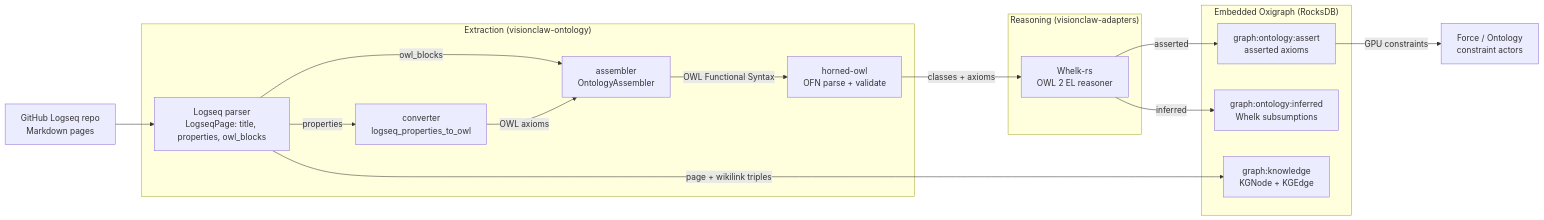
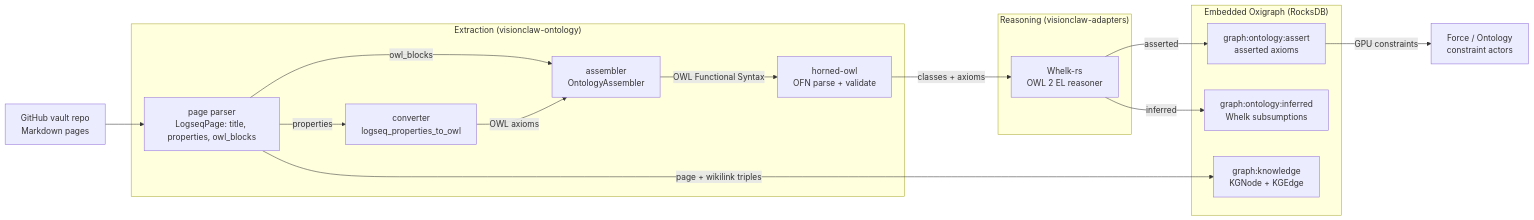
The first of 2 diagrams in docs/explanation/ontology-pipeline.md (DreamLab-AI/AR-AI-Knowledge-Graph), drawn with Mermaid before and after one commit. The commit also changed other lines of this file and 35 other files, not shown here.

First line of the commit message:
docs: describe the Obsidian-vault corpus across living docs (Logseq → vault sweep)

````diff
--- a/docs/explanation/ontology-pipeline.md
+++ b/docs/explanation/ontology-pipeline.md
@@ -22,32 +22,32 @@
 ```mermaid
 flowchart LR
-    GH["GitHub Logseq repo<br/>Markdown pages"]
+    GH["GitHub vault repo<br/>Markdown pages"]
 
     subgraph Extract["Extraction (visionclaw-ontology)"]
-        LP["Logseq parser<br/>LogseqPage: title, properties, owl_blocks"]
+        LP["page parser<br/>LogseqPage: title, properties, owl_blocks"]
         CONV["converter<br/>logseq_properties_to_owl"]
         ASM["assembler<br/>OntologyAssembler"]
         HORN["horned-owl<br/>OFN parse + validate"]
     end
 
     subgraph Reason["Reasoning (visionclaw-adapters)"]
         WHELK["Whelk-rs<br/>OWL 2 EL reasoner"]
     end
 
     subgraph Store["Embedded Oxigraph (RocksDB)"]
         ASSERT["graph:ontology:assert<br/>asserted axioms"]
         INFER["graph:ontology:inferred<br/>Whelk subsumptions"]
         KNOW["graph:knowledge<br/>KGNode + KGEdge"]
     end
 
     GH --> LP
     LP -->|"owl_blocks"| ASM
     LP -->|"properties"| CONV
     CONV -->|"OWL axioms"| ASM
     ASM -->|"OWL Functional Syntax"| HORN
     HORN -->|"classes + axioms"| WHELK
     WHELK -->|"asserted"| ASSERT
     WHELK -->|"inferred"| INFER
     LP -->|"page + wikilink triples"| KNOW
     ASSERT -->|"GPU constraints"| GPU["Force / Ontology<br/>constraint actors"]
 ```
````
